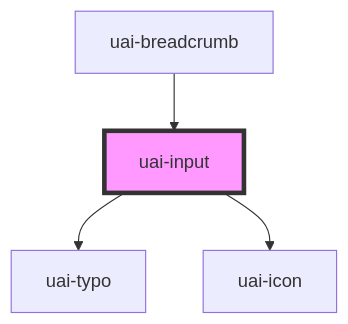
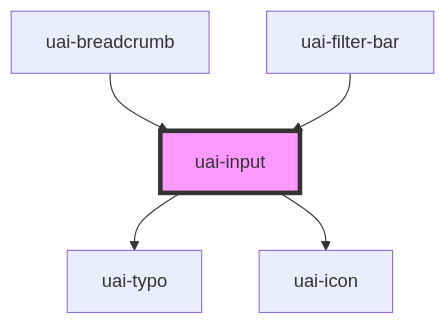
Before and after one commit to takenet/blip-ds: the diagram in src/components/uai-input/readme.md, drawn with Mermaid. The commit also changed other lines of this file and 364 other files, not shown here.

````diff
--- a/src/components/uai-input/readme.md
+++ b/src/components/uai-input/readme.md
@@ -169,7 +170,8 @@
 ```mermaid
 graph TD;
   uai-input --> uai-typo
   uai-input --> uai-icon
   uai-breadcrumb --> uai-input
+  uai-filter-bar --> uai-input
   style uai-input fill:#f9f,stroke:#333,stroke-width:4px
 ```
````
